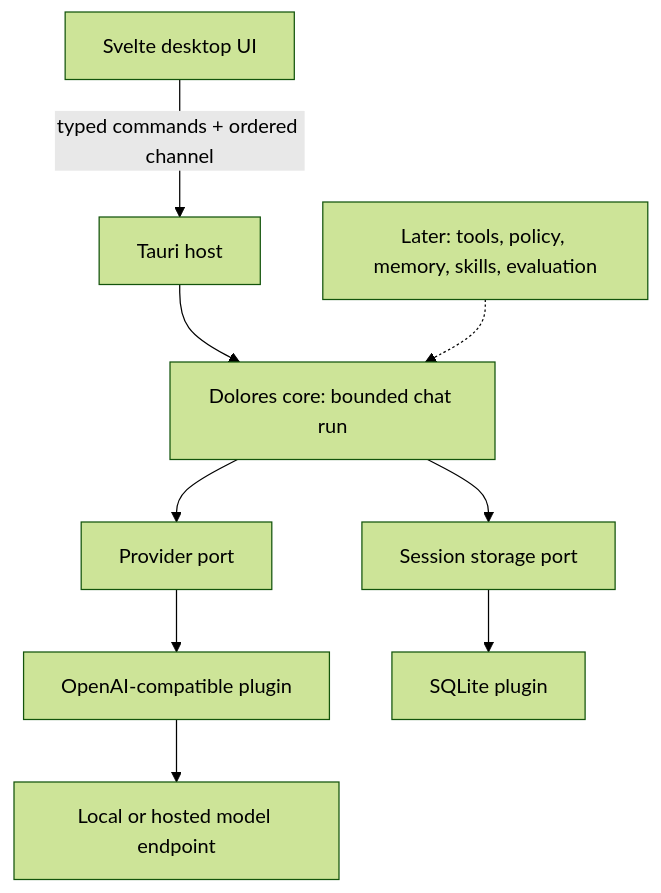
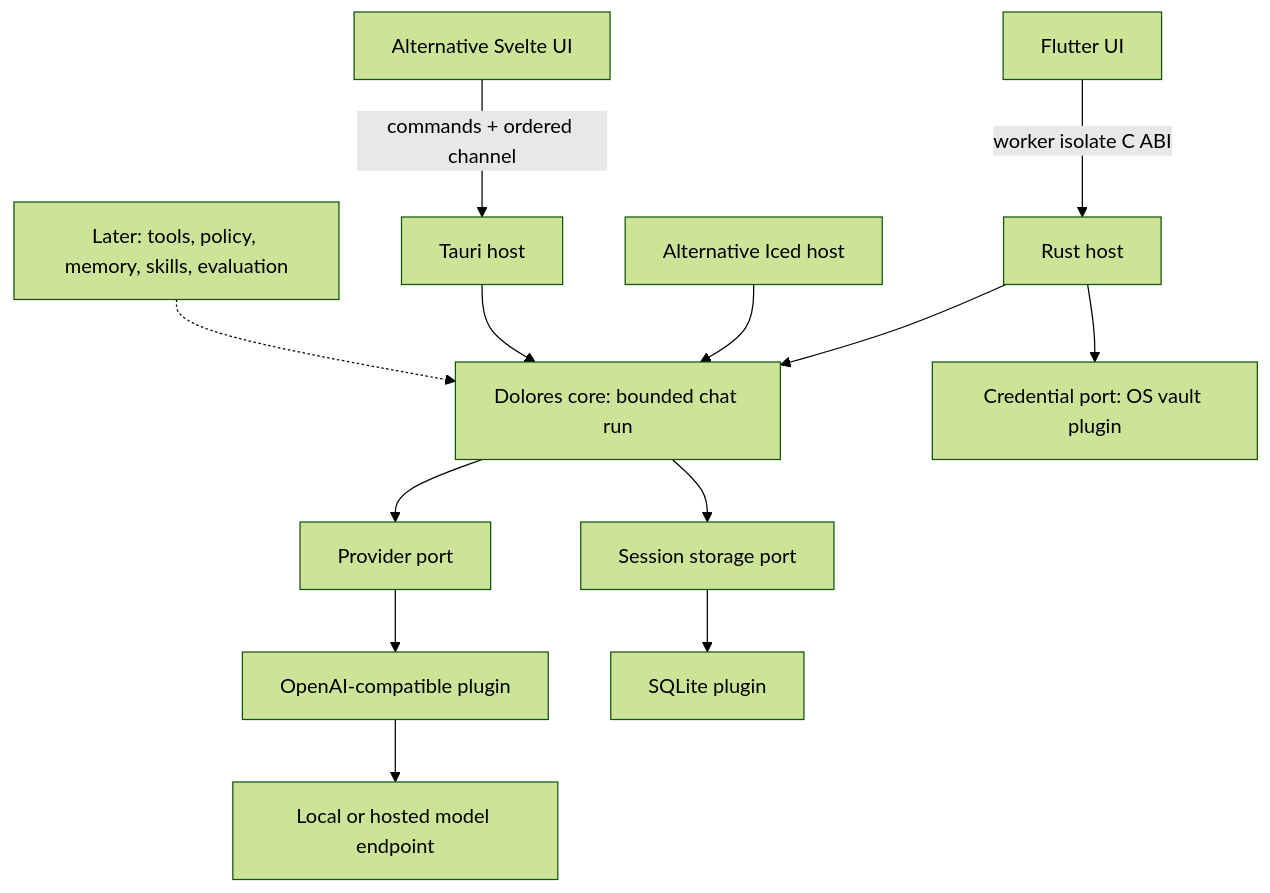
The diagram in docs/ARCHITECTURE.md (J-ZhengLi/Dolores), drawn with Mermaid (forest theme) before and after one commit. The commit also changed other lines of this file and 105 other files, not shown here.

First line of the commit message:
feat: [desktop] Adopt Flutter and add secure model connections

````diff
--- a/docs/ARCHITECTURE.md
+++ b/docs/ARCHITECTURE.md
@@ -19,11 +22,15 @@
 ```mermaid
 flowchart TB
-  UI[Svelte desktop UI] -->|typed commands + ordered channel| Host[Tauri host]
-  Host --> Core[Dolores core: bounded chat run]
+  Flutter[Flutter UI] -->|worker isolate C ABI| Bridge[Rust host]
+  Bridge --> Core[Dolores core: bounded chat run]
+  Bridge --> Credentials[Credential port: OS vault plugin]
+  Native[Alternative Iced host] --> Core
+  UI[Alternative Svelte UI] -->|commands + ordered channel| Host[Tauri host]
+  Host --> Core
   Core --> Provider[Provider port]
   Core --> Store[Session storage port]
   Provider --> Compatible[OpenAI-compatible plugin]
   Store --> SQLite[SQLite plugin]
   Compatible --> Model[Local or hosted model endpoint]
   Future[Later: tools, policy, memory, skills, evaluation] -.-> Core
 ```
````
